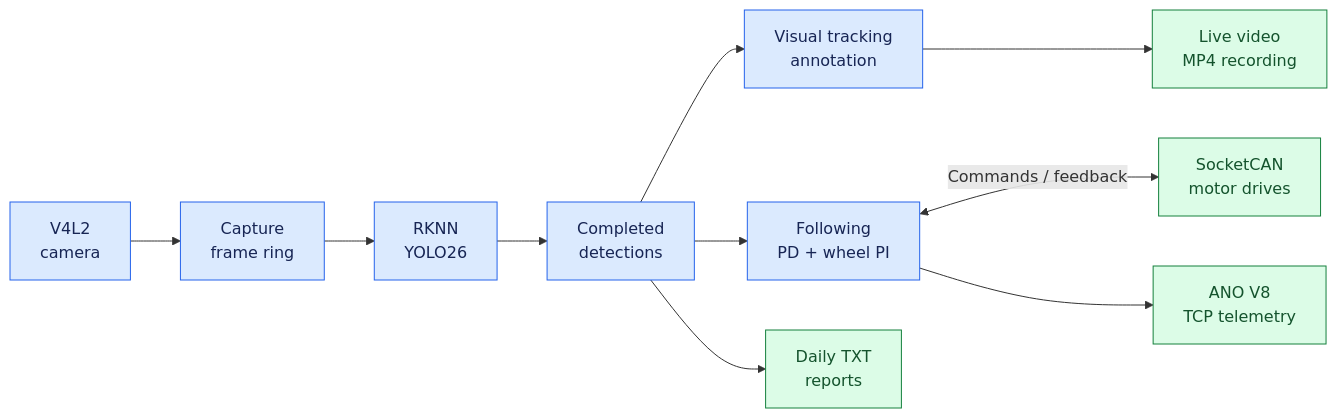
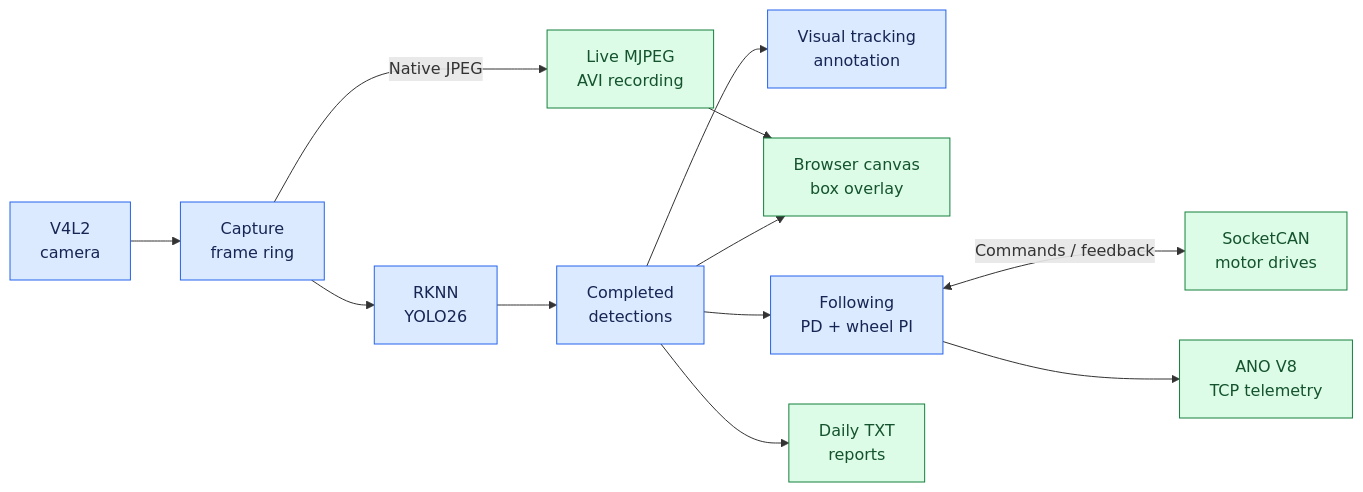
The first of 7 diagrams in README.md (qianruo-orange/autonomous-driving-car), drawn with Mermaid before and after one commit. The commit also changed other lines of this file, not shown here.

Commit message:
Rewrite README for the lossless MJPEG pipeline

````diff
--- a/README.md
+++ b/README.md
@@ -17,16 +19,18 @@
 ```mermaid
 flowchart LR
     Camera["V4L2<br/>camera"] --> Frames["Capture<br/>frame ring"]
     Frames --> YOLO["RKNN<br/>YOLO26"]
+    Frames -->|Native JPEG| Video["Live MJPEG<br/>AVI recording"]
     YOLO --> Results["Completed<br/>detections"]
     Results --> Visual["Visual tracking<br/>annotation"]
-    Visual --> Media["Live video<br/>MP4 recording"]
+    Results --> Overlay["Browser canvas<br/>box overlay"]
+    Video --> Overlay
     Results --> Follow["Following<br/>PD + wheel PI"]
     Follow <-->|Commands / feedback| CAN["SocketCAN<br/>motor drives"]
     Results --> Reports["Daily TXT<br/>reports"]
     Follow --> ANO["ANO V8<br/>TCP telemetry"]
     classDef process fill:#dbeafe,stroke:#2563eb,color:#172554
     classDef output fill:#dcfce7,stroke:#15803d,color:#14532d
     class Camera,Frames,YOLO,Results,Visual,Follow process
-    class Media,CAN,Reports,ANO output
+    class Video,Overlay,CAN,Reports,ANO output
 ```
````
